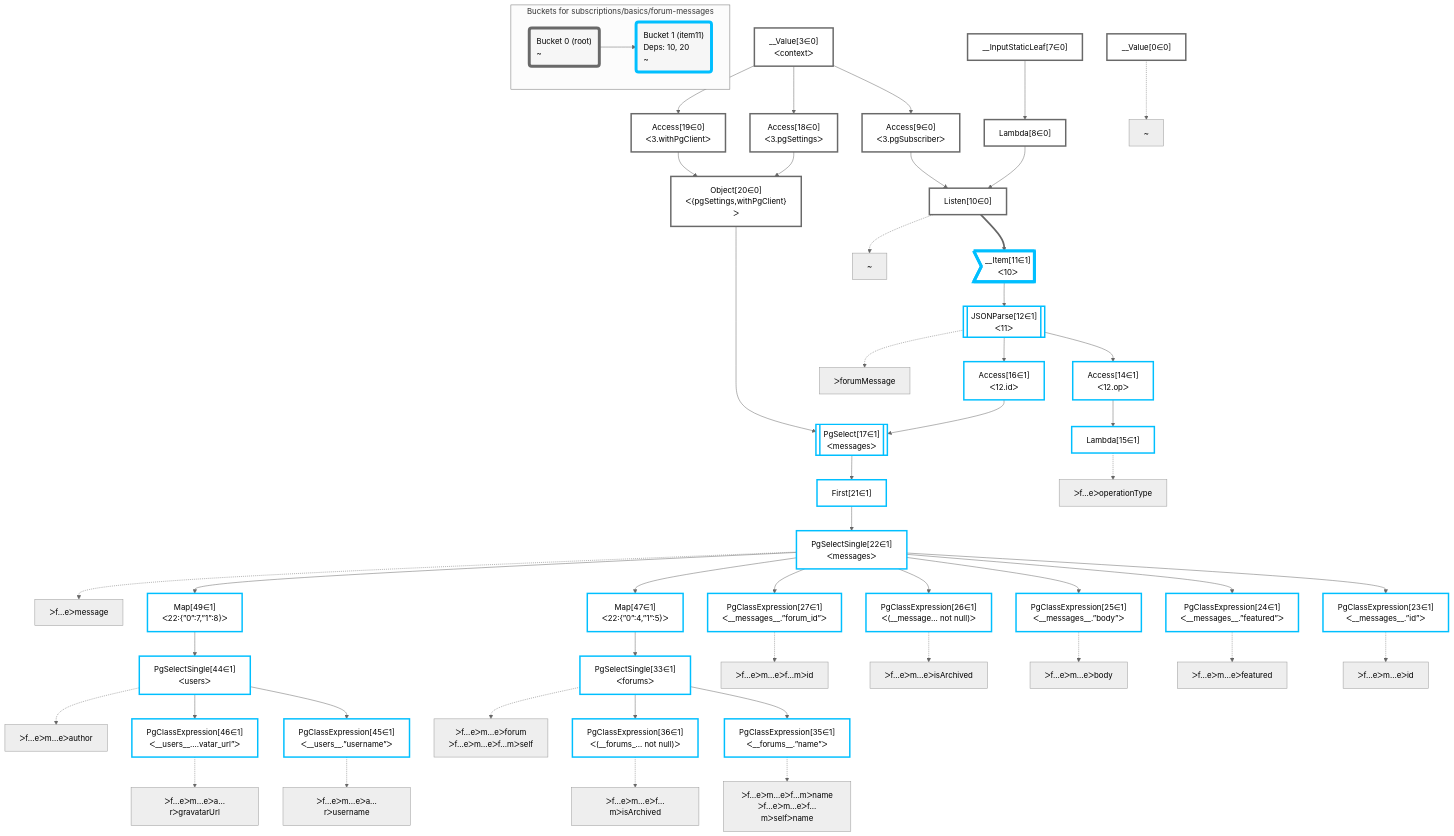
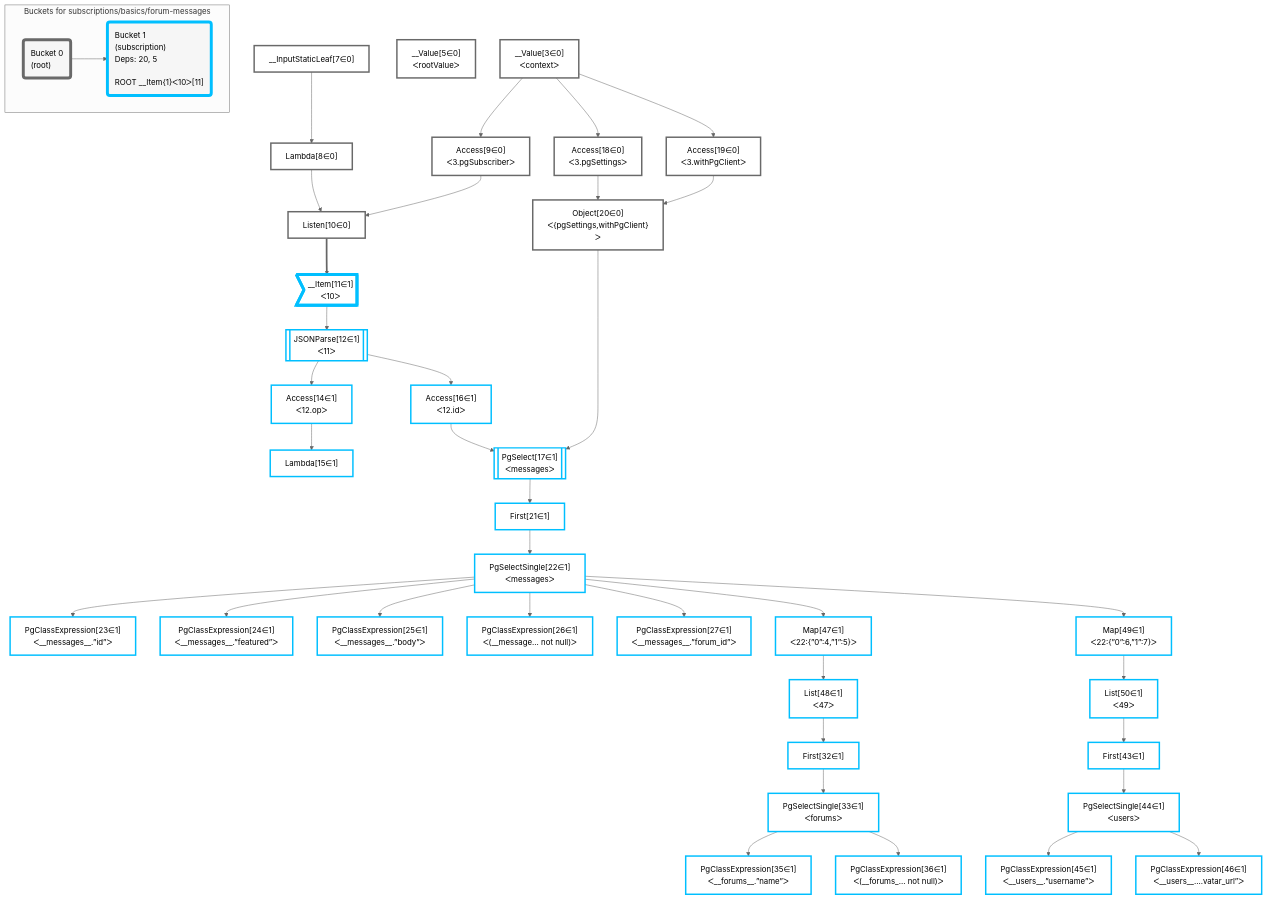
Before and after one commit to graphile/crystal: the diagram in packages/dataplan-pg/__tests__/subscriptions/basics/forum-messages.mermaid, drawn with Mermaid (neutral theme). The commit also changed 1 other file, not shown here.

```diff
--- a/packages/dataplan-pg/__tests__/subscriptions/basics/forum-messages.mermaid
+++ b/packages/dataplan-pg/__tests__/subscriptions/basics/forum-messages.mermaid
@@ -1,112 +1,88 @@
 graph TD
     classDef path fill:#eee,stroke:#000,color:#000
     classDef plan fill:#fff,stroke-width:3px,color:#000
     classDef itemplan fill:#fff,stroke-width:6px,color:#000
     classDef sideeffectplan fill:#f00,stroke-width:6px,color:#000
     classDef bucket fill:#f6f6f6,color:#000,stroke-width:6px,text-align:left
 
 
-    %% define plans
-    __Value0["__Value[0∈0]"]:::plan
+    %% define steps
     __Value3["__Value[3∈0]<br />ᐸcontextᐳ"]:::plan
+    __Value5["__Value[5∈0]<br />ᐸrootValueᐳ"]:::plan
     __InputStaticLeaf7["__InputStaticLeaf[7∈0]"]:::plan
     Lambda8["Lambda[8∈0]"]:::plan
     Access9["Access[9∈0]<br />ᐸ3.pgSubscriberᐳ"]:::plan
     Listen10["Listen[10∈0]"]:::plan
     __Item11>"__Item[11∈1]<br />ᐸ10ᐳ"]:::itemplan
     JSONParse12[["JSONParse[12∈1]<br />ᐸ11ᐳ"]]:::plan
     Access14["Access[14∈1]<br />ᐸ12.opᐳ"]:::plan
     Lambda15["Lambda[15∈1]"]:::plan
     Access16["Access[16∈1]<br />ᐸ12.idᐳ"]:::plan
     Access18["Access[18∈0]<br />ᐸ3.pgSettingsᐳ"]:::plan
     Access19["Access[19∈0]<br />ᐸ3.withPgClientᐳ"]:::plan
     Object20["Object[20∈0]<br />ᐸ{pgSettings,withPgClient}ᐳ"]:::plan
     PgSelect17[["PgSelect[17∈1]<br />ᐸmessagesᐳ"]]:::plan
     First21["First[21∈1]"]:::plan
     PgSelectSingle22["PgSelectSingle[22∈1]<br />ᐸmessagesᐳ"]:::plan
     PgClassExpression23["PgClassExpression[23∈1]<br />ᐸ__messages__.”id”ᐳ"]:::plan
     PgClassExpression24["PgClassExpression[24∈1]<br />ᐸ__messages__.”featured”ᐳ"]:::plan
     PgClassExpression25["PgClassExpression[25∈1]<br />ᐸ__messages__.”body”ᐳ"]:::plan
     PgClassExpression26["PgClassExpression[26∈1]<br />ᐸ(__message... not null)ᐳ"]:::plan
     PgClassExpression27["PgClassExpression[27∈1]<br />ᐸ__messages__.”forum_id”ᐳ"]:::plan
     Map47["Map[47∈1]<br />ᐸ22:{”0”:4,”1”:5}ᐳ"]:::plan
+    List48["List[48∈1]<br />ᐸ47ᐳ"]:::plan
+    First32["First[32∈1]"]:::plan
     PgSelectSingle33["PgSelectSingle[33∈1]<br />ᐸforumsᐳ"]:::plan
     PgClassExpression35["PgClassExpression[35∈1]<br />ᐸ__forums__.”name”ᐳ"]:::plan
     PgClassExpression36["PgClassExpression[36∈1]<br />ᐸ(__forums_... not null)ᐳ"]:::plan
-    Map49["Map[49∈1]<br />ᐸ22:{”0”:7,”1”:8}ᐳ"]:::plan
+    Map49["Map[49∈1]<br />ᐸ22:{”0”:6,”1”:7}ᐳ"]:::plan
+    List50["List[50∈1]<br />ᐸ49ᐳ"]:::plan
+    First43["First[43∈1]"]:::plan
     PgSelectSingle44["PgSelectSingle[44∈1]<br />ᐸusersᐳ"]:::plan
     PgClassExpression45["PgClassExpression[45∈1]<br />ᐸ__users__.”username”ᐳ"]:::plan
     PgClassExpression46["PgClassExpression[46∈1]<br />ᐸ__users__....vatar_url”ᐳ"]:::plan
 
     %% plan dependencies
     __InputStaticLeaf7 --> Lambda8
     __Value3 --> Access9
     Access9 & Lambda8 --> Listen10
     Listen10 ==> __Item11
     __Item11 --> JSONParse12
     JSONParse12 --> Access14
     Access14 --> Lambda15
     JSONParse12 --> Access16
     __Value3 --> Access18
     __Value3 --> Access19
     Access18 & Access19 --> Object20
     Object20 & Access16 --> PgSelect17
     PgSelect17 --> First21
     First21 --> PgSelectSingle22
     PgSelectSingle22 --> PgClassExpression23
     PgSelectSingle22 --> PgClassExpression24
     PgSelectSingle22 --> PgClassExpression25
     PgSelectSingle22 --> PgClassExpression26
     PgSelectSingle22 --> PgClassExpression27
     PgSelectSingle22 --> Map47
-    Map47 --> PgSelectSingle33
+    Map47 --> List48
+    List48 --> First32
+    First32 --> PgSelectSingle33
     PgSelectSingle33 --> PgClassExpression35
     PgSelectSingle33 --> PgClassExpression36
     PgSelectSingle22 --> Map49
-    Map49 --> PgSelectSingle44
+    Map49 --> List50
+    List50 --> First43
+    First43 --> PgSelectSingle44
     PgSelectSingle44 --> PgClassExpression45
     PgSelectSingle44 --> PgClassExpression46
 
     %% plan-to-path relationships
-    P0["~"]
-    __Value0 -.-> P0
-    P10["~"]
-    Listen10 -.-> P10
-    P12["ᐳforumMessage"]
-    JSONParse12 -.-> P12
-    P15["ᐳf…eᐳoperationType"]
-    Lambda15 -.-> P15
-    P22["ᐳf…eᐳmessage"]
-    PgSelectSingle22 -.-> P22
-    P23["ᐳf…eᐳm…eᐳid"]
-    PgClassExpression23 -.-> P23
-    P24["ᐳf…eᐳm…eᐳfeatured"]
-    PgClassExpression24 -.-> P24
-    P25["ᐳf…eᐳm…eᐳbody"]
-    PgClassExpression25 -.-> P25
-    P26["ᐳf…eᐳm…eᐳisArchived"]
-    PgClassExpression26 -.-> P26
-    P27["ᐳf…eᐳm…eᐳf…mᐳid"]
-    PgClassExpression27 -.-> P27
-    P33["ᐳf…eᐳm…eᐳforum<br />ᐳf…eᐳm…eᐳf…mᐳself"]
-    PgSelectSingle33 -.-> P33
-    P35["ᐳf…eᐳm…eᐳf…mᐳname<br />ᐳf…eᐳm…eᐳf…mᐳselfᐳname"]
-    PgClassExpression35 -.-> P35
-    P36["ᐳf…eᐳm…eᐳf…mᐳisArchived"]
-    PgClassExpression36 -.-> P36
-    P44["ᐳf…eᐳm…eᐳauthor"]
-    PgSelectSingle44 -.-> P44
-    P45["ᐳf…eᐳm…eᐳa…rᐳusername"]
-    PgClassExpression45 -.-> P45
-    P46["ᐳf…eᐳm…eᐳa…rᐳgravatarUrl"]
-    PgClassExpression46 -.-> P46
 
     subgraph "Buckets for subscriptions/basics/forum-messages"
-    Bucket0("Bucket 0 (root)<br />~"):::bucket
+    Bucket0("Bucket 0<br />(root)"):::bucket
     classDef bucket0 stroke:#696969
-    class Bucket0,__Value0,__Value3,__InputStaticLeaf7,Lambda8,Access9,Listen10,Access18,Access19,Object20 bucket0
-    Bucket1("Bucket 1 (item11)<br />Deps: 10, 20<br />~"):::bucket
+    class Bucket0,__Value3,__Value5,__InputStaticLeaf7,Lambda8,Access9,Listen10,Access18,Access19,Object20 bucket0
+    Bucket1("Bucket 1<br />(subscription)<br />Deps: 20, 5<br /><br />ROOT __Item{1}ᐸ10ᐳ[11]"):::bucket
     classDef bucket1 stroke:#00bfff
-    class Bucket1,__Item11,JSONParse12,Access14,Lambda15,Access16,PgSelect17,First21,PgSelectSingle22,PgClassExpression23,PgClassExpression24,PgClassExpression25,PgClassExpression26,PgClassExpression27,PgSelectSingle33,PgClassExpression35,PgClassExpression36,PgSelectSingle44,PgClassExpression45,PgClassExpression46,Map47,Map49 bucket1
+    class Bucket1,__Item11,JSONParse12,Access14,Lambda15,Access16,PgSelect17,First21,PgSelectSingle22,PgClassExpression23,PgClassExpression24,PgClassExpression25,PgClassExpression26,PgClassExpression27,First32,PgSelectSingle33,PgClassExpression35,PgClassExpression36,First43,PgSelectSingle44,PgClassExpression45,PgClassExpression46,Map47,List48,Map49,List50 bucket1
     Bucket0 --> Bucket1
     end
```
